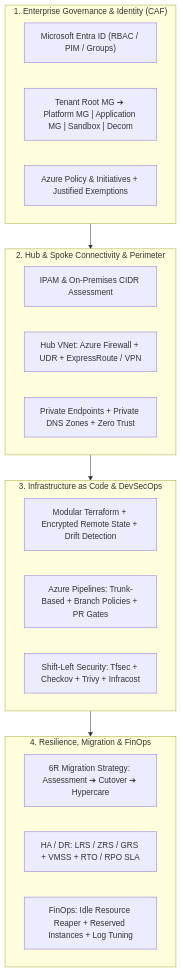
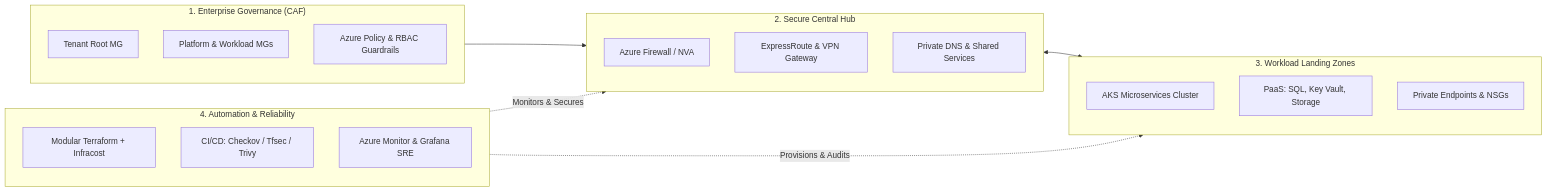
Before and after one commit to ranjan0404/ranjan0404: the diagram in README.md, drawn with Mermaid. The commit also changed other lines of this file and 2 other files, not shown here.

First line of the commit message:
feat(profile): elevate to executive cloud architect portfolio with modern banner and playbooks

````diff
--- a/README.md
+++ b/README.md
@@ -59,34 +111,35 @@
 ```mermaid
-flowchart TB
-    subgraph G1["1. Enterprise Governance & Identity (CAF)"]
-        direction LR
-        ID["Microsoft Entra ID (RBAC / PIM / Groups)"]
-        MG["Tenant Root MG ➔ Platform MG | Application MG | Sandbox | Decom"]
-        POL["Azure Policy & Initiatives + Justified Exemptions"]
+flowchart LR
+    subgraph Governance["1. Enterprise Governance (CAF)"]
+        direction TB
+        G1[Tenant Root MG]
+        G2[Platform &amp; Workload MGs]
+        G3[Azure Policy &amp; RBAC Guardrails]
     end
 
-    subgraph N1["2. Hub & Spoke Connectivity & Perimeter"]
-        direction LR
-        IPAM["IPAM & On-Premises CIDR Assessment"]
-        HUB["Hub VNet: Azure Firewall + UDR + ExpressRoute / VPN"]
-        PRIV["Private Endpoints + Private DNS Zones + Zero Trust"]
+    subgraph Hub["2. Secure Central Hub"]
+        direction TB
+        H1[Azure Firewall / NVA]
+        H2[ExpressRoute &amp; VPN Gateway]
+        H3[Private DNS &amp; Shared Services]
     end
 
-    subgraph I1["3. Infrastructure as Code & DevSecOps"]
-        direction LR
-        TF["Modular Terraform + Encrypted Remote State + Drift Detection"]
-        PIPE["Azure Pipelines: Trunk-Based + Branch Policies + PR Gates"]
-        SEC["Shift-Left Security: Tfsec + Checkov + Trivy + Infracost"]
+    subgraph Spokes["3. Workload Landing Zones"]
+        direction TB
+        S1[AKS Microservices Cluster]
+        S2[PaaS: SQL, Key Vault, Storage]
+        S3[Private Endpoints &amp; NSGs]
     end
 
-    subgraph O1["4. Resilience, Migration & FinOps"]
-        direction LR
-        MIG["6R Migration Strategy: Assessment ➔ Cutover ➔ Hypercare"]
-        HADR["HA / DR: LRS / ZRS / GRS + VMSS + RTO / RPO SLA"]
-        FIN["FinOps: Idle Resource Reaper + Reserved Instances + Log Tuning"]
+    subgraph DevSecOps["4. Automation &amp; Reliability"]
+        direction TB
+        D1[Modular Terraform + Infracost]
+        D2[CI/CD: Checkov / Tfsec / Trivy]
+        D3[Azure Monitor &amp; Grafana SRE]
     end
 
-    G1 --> N1
-    N1 --> I1
-    I1 --> O1
+    Governance --> Hub
+    Hub <--> Spokes
+    DevSecOps -. Provisions &amp; Audits .-> Spokes
+    DevSecOps -. Monitors &amp; Secures .-> Hub
 ```
````
